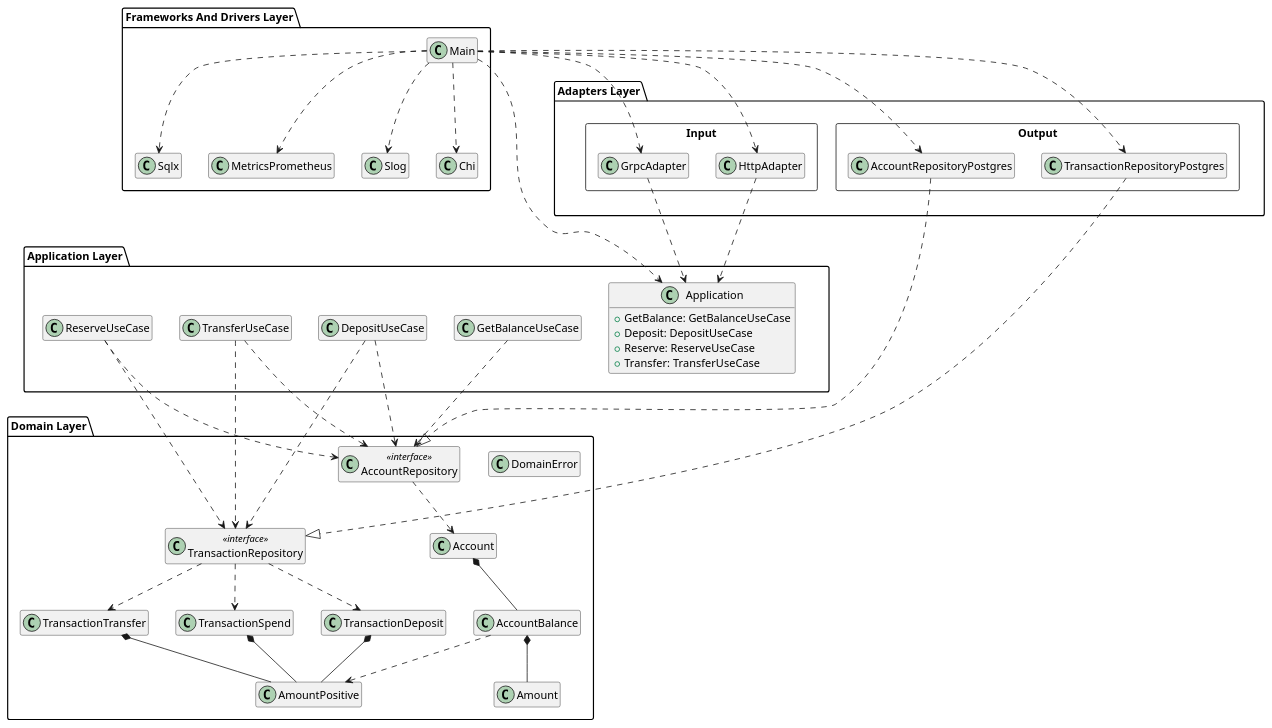
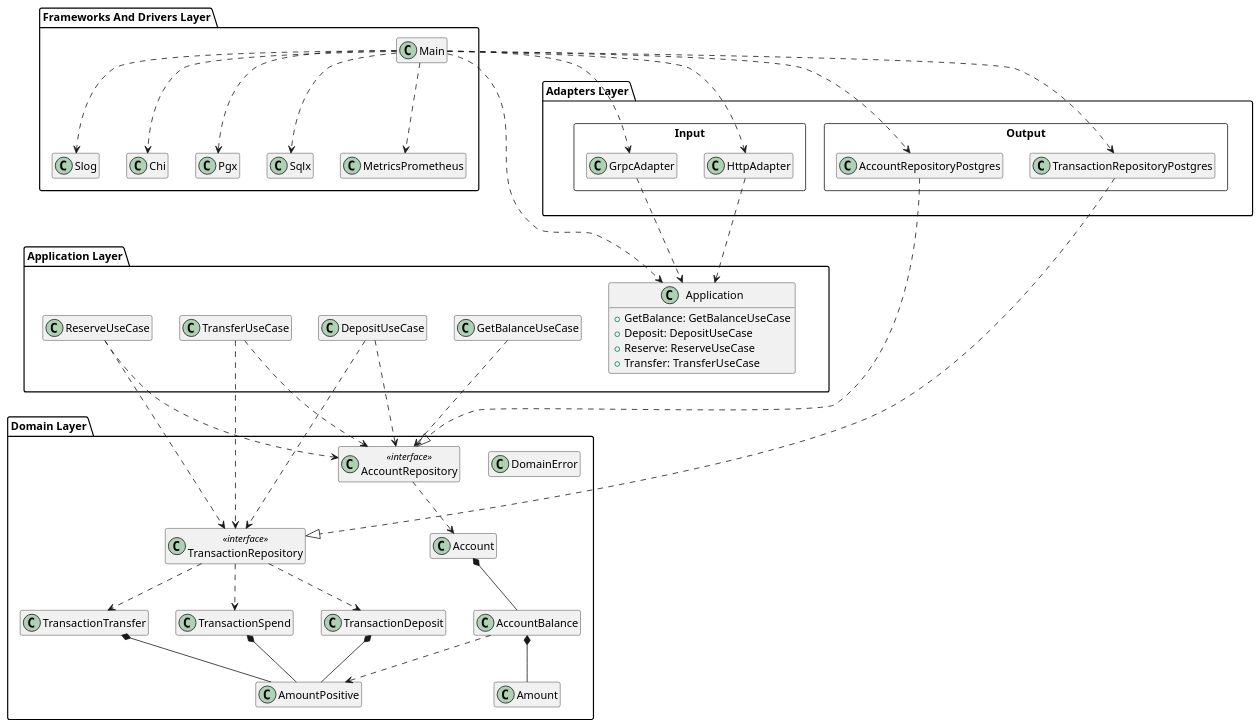
One commit to nktknshn/avito-internship-2022 changed the diagram in doc/simple.plantuml. Above: the diagram before and after it, drawn with PlantUML.

Commit message:
doc: обновить диаграмму, добавив класс Pgx и его связь с Main

```diff
--- a/doc/simple.plantuml
+++ b/doc/simple.plantuml
@@ -1,108 +1,111 @@
 @startuml
 
 
 ' left to right direction
 top to bottom direction 
 hide empty members
 
 
 ' "Domain Layer" -[hidden]down- "Application Layer"
 "Application Layer" -[hidden]down- "Adapters Layer"
 ' "Adapters Layer" -[hidden]down- "Frameworks And Drivers Layer"
 
 package "Domain Layer" {
     class Account {}
     class AccountBalance {}
     class Amount {}
     class AmountPositive {}
 
     class DomainError {}
 
     class AccountRepository <<interface>> {}
     class TransactionRepository <<interface>> {}
 
     class TransactionSpend {}
     class TransactionDeposit {}
     class TransactionTransfer {}
 
     Account *-- AccountBalance
     AccountBalance *-- Amount
     AccountBalance ..> AmountPositive
 
     AccountRepository ..> Account
 
     TransactionRepository ..> TransactionSpend
     TransactionRepository ..> TransactionDeposit
     TransactionRepository ..> TransactionTransfer
 
     TransactionSpend *-- AmountPositive
     TransactionDeposit *-- AmountPositive
     TransactionTransfer *-- AmountPositive
 
 }
 
 package "Application Layer" {
     class Application {
         + GetBalance: GetBalanceUseCase
         + Deposit: DepositUseCase 
         + Reserve: ReserveUseCase
         + Transfer: TransferUseCase
     }
     class GetBalanceUseCase {}
     class DepositUseCase {}
     class ReserveUseCase {}
     class TransferUseCase {}
 
     ' DepositUseCase --o Application
     ' ReserveUseCase --o Application
     ' GetBalanceUseCase --o Application
     ' TransferUseCase --o Application
 
     TransferUseCase ..> AccountRepository
     DepositUseCase ..> AccountRepository
     ReserveUseCase ..> AccountRepository
     GetBalanceUseCase ..> AccountRepository
 
     TransferUseCase ..> TransactionRepository
     DepositUseCase ..> TransactionRepository
     ReserveUseCase ..> TransactionRepository
 }
 
 package "Adapters Layer" {
     
     rectangle "Input" {
         class HttpAdapter {}
         class GrpcAdapter {}
     }
 
     rectangle "Output" {
         class AccountRepositoryPostgres {}
         class TransactionRepositoryPostgres {}
     }
 
     HttpAdapter ..> Application
     GrpcAdapter ..> Application
 }
 
 package "Frameworks And Drivers Layer" {
     class Main {}
     class Sqlx {}
     class MetricsPrometheus {}
     class Slog {}
     class Chi {}
+    class Pgx {}
 
     Main ..> Application
     Main ..> Sqlx
     Main ..> MetricsPrometheus
     Main ..> Slog
     Main ..> Chi
+    Main ..> Pgx
+    
     Main ..> HttpAdapter
     Main ..> GrpcAdapter
     Main ..> AccountRepositoryPostgres
     Main ..> TransactionRepositoryPostgres
 
     AccountRepositoryPostgres ..|> AccountRepository
     TransactionRepositoryPostgres ..|> TransactionRepository
 }
 
 @enduml
```
